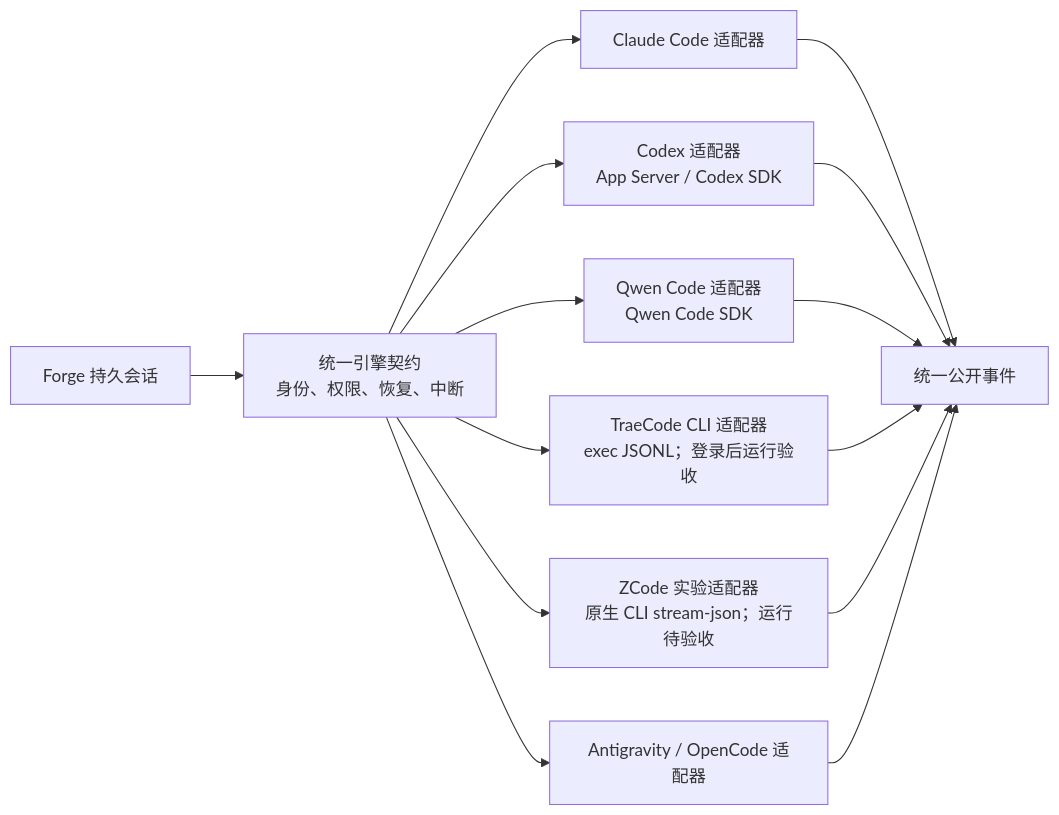
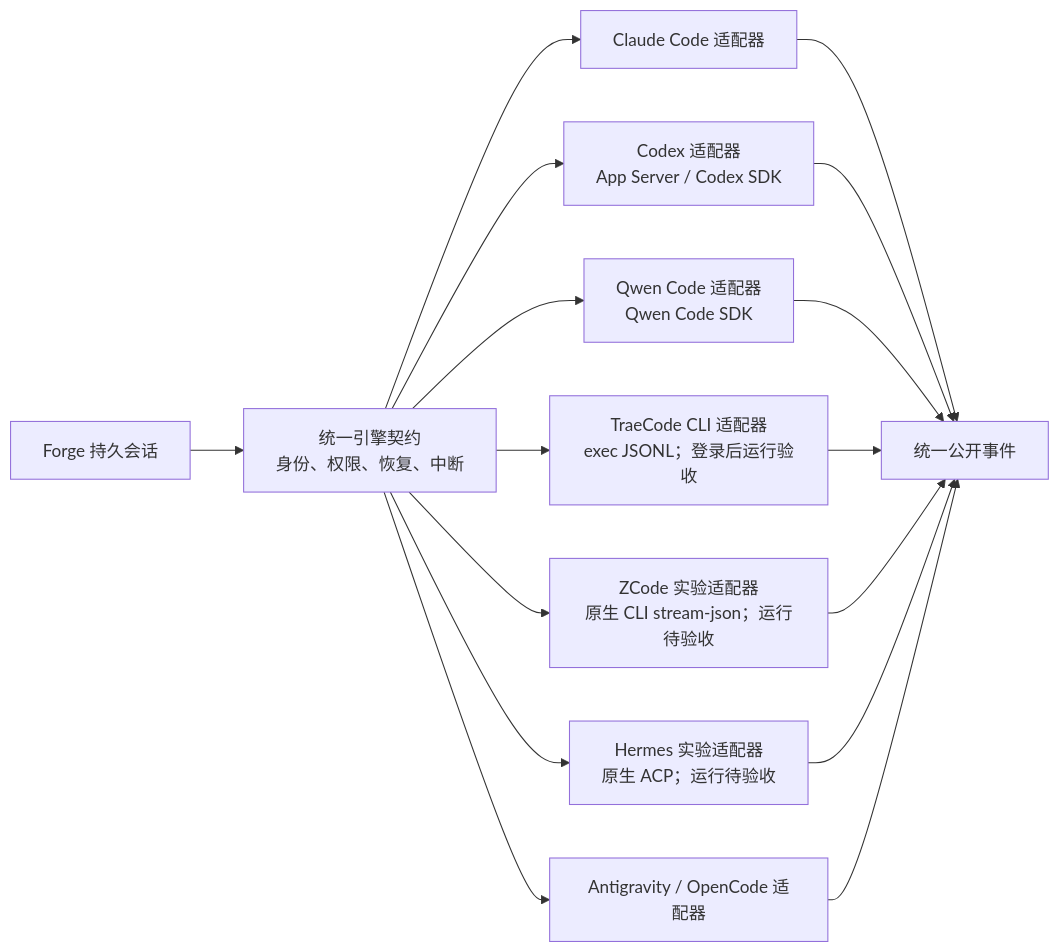
One commit to exception-coder/kai-toolbox changed diagram 19 of 48 in docs/ai-coding-architecture.md. Above: the diagram before and after it, drawn with Mermaid. The commit also changed other lines of this file and 35 other files, not shown here.

````diff
--- a/docs/ai-coding-architecture.md
+++ b/docs/ai-coding-architecture.md
@@ -574,16 +576,18 @@
 ```mermaid
 flowchart LR
     SESSION["Forge 持久会话"] --> CONTRACT["统一引擎契约<br/>身份、权限、恢复、中断"]
     CONTRACT --> CLAUDE["Claude Code 适配器"]
     CONTRACT --> CODEX["Codex 适配器<br/>App Server / Codex SDK"]
     CONTRACT --> QWEN["Qwen Code 适配器<br/>Qwen Code SDK"]
     CONTRACT --> TRAE["TraeCode CLI 适配器<br/>exec JSONL；登录后运行验收"]
     CONTRACT --> ZCODE["ZCode 实验适配器<br/>原生 CLI stream-json；运行待验收"]
+    CONTRACT --> HERMES["Hermes 实验适配器<br/>原生 ACP；运行待验收"]
     CONTRACT --> OTHER["Antigravity / OpenCode 适配器"]
     CLAUDE --> EVENTS["统一公开事件"]
     CODEX --> EVENTS
     QWEN --> EVENTS
     TRAE --> EVENTS
     ZCODE --> EVENTS
+    HERMES --> EVENTS
     OTHER --> EVENTS
 ```
````
